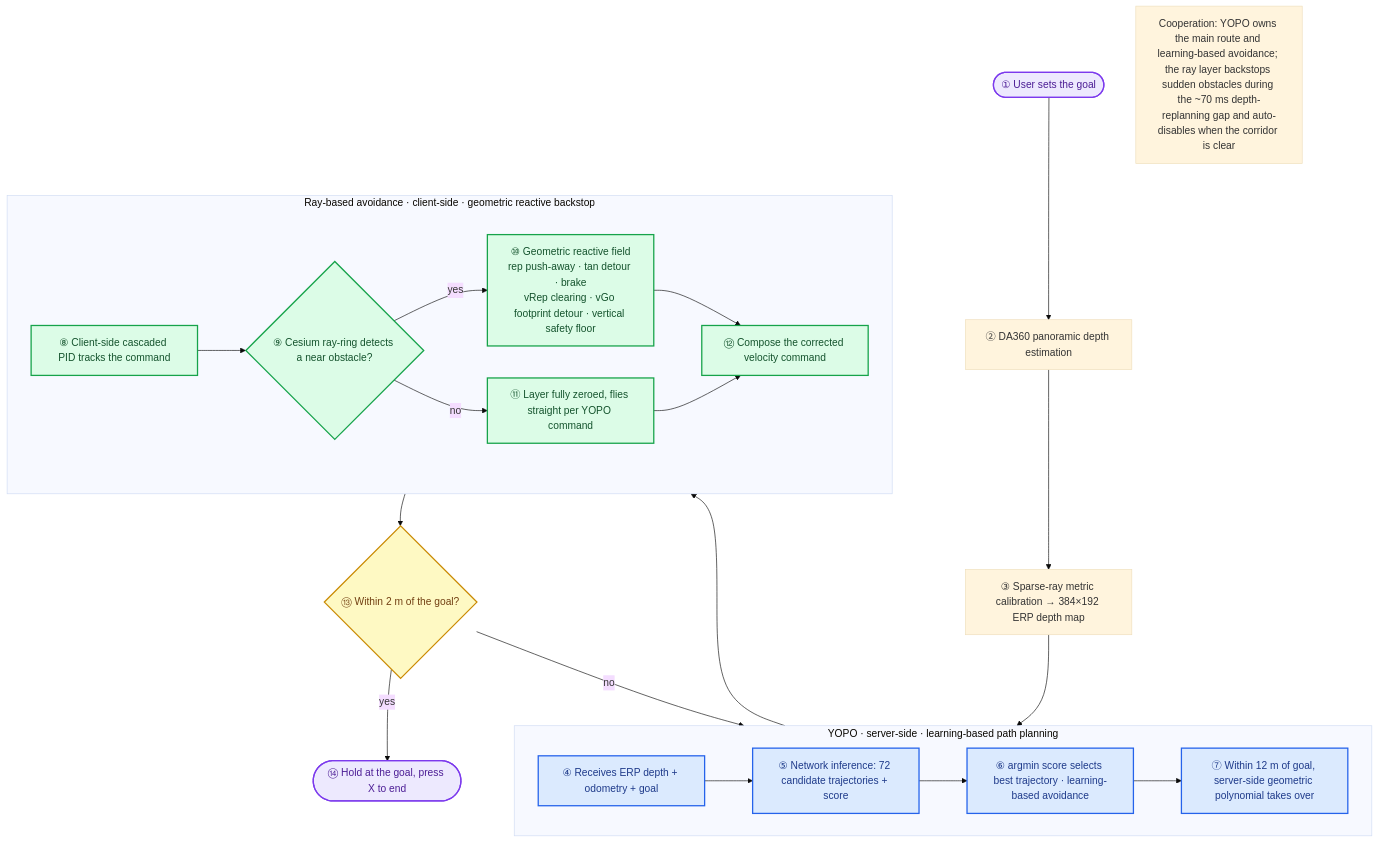
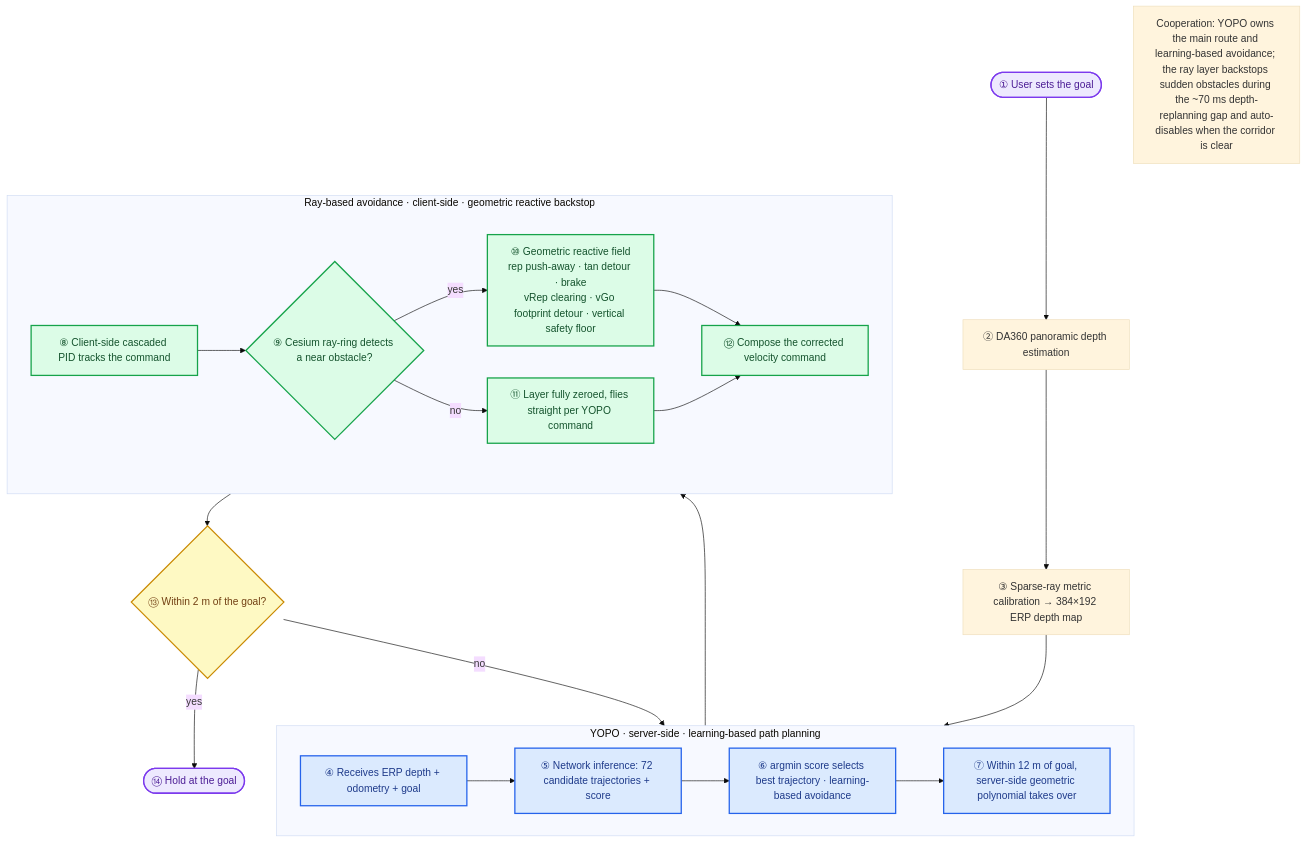
One commit to wuuwuu26/MindCloud_World_Fly_Private changed the diagram in README_EN.md. Above: the diagram before and after it, drawn with Mermaid (base theme). The commit also changed 1 other file, not shown here.

Commit message:
docs: 导航流程图终点改为仅悬停，去掉按 X 结束

````diff
--- a/README_EN.md
+++ b/README_EN.md
@@ -90,40 +90,40 @@
 ```mermaid
 flowchart TD
     classDef yopo fill:#dbeafe,stroke:#2563eb,stroke-width:2px,color:#1e3a8a;
     classDef ray fill:#dcfce7,stroke:#16a34a,stroke-width:2px,color:#14532d;
     classDef dec fill:#fef9c3,stroke:#ca8a04,stroke-width:2px,color:#713f12;
     classDef term fill:#ede9fe,stroke:#7c3aed,stroke-width:2px,color:#4c1d95;
 
     Start([① User sets the goal]) --> Depth[② DA360 panoramic depth estimation]
     Depth --> Calib[③ Sparse-ray metric calibration → 384×192 ERP depth map]
     Calib --> YIN
 
     subgraph YOPO["YOPO · server-side · learning-based path planning"]
         direction LR
         YIN[④ Receives ERP depth + odometry + goal]
         YIN --> Cands[⑤ Network inference: 72 candidate trajectories + score]
         Cands --> Argmin[⑥ argmin score selects best trajectory · learning-based avoidance]
         Argmin --> Final[⑦ Within 12 m of goal, server-side geometric polynomial takes over]
     end
     class YIN,Cands,Argmin,Final yopo;
 
     Final --> Exec[⑧ Client-side cascaded PID tracks the command]
 
     subgraph RAY["Ray-based avoidance · client-side · geometric reactive backstop"]
         direction LR
         Exec --> Probe{"⑨ Cesium ray-ring detects a near obstacle?"}
         Probe -->|yes| Field["⑩ Geometric reactive field<br/>rep push-away · tan detour · brake<br/>vRep clearing · vGo footprint detour · vertical safety floor"]
         Probe -->|no| Straight["⑪ Layer fully zeroed, flies straight per YOPO command"]
         Field --> Resume[⑫ Compose the corrected velocity command]
         Straight --> Resume
     end
     class Exec,Probe,Field,Straight,Resume ray;
 
     Resume --> Arrive{"⑬ Within 2 m of the goal?"}
     Arrive -->|no| YIN
-    Arrive -->|yes| End([⑭ Hold at the goal, press X to end])
+    Arrive -->|yes| End([⑭ Hold at the goal])
     class Arrive dec;
     class Start,End term;
 
     Note["Cooperation: YOPO owns the main route and learning-based avoidance; the ray layer backstops sudden obstacles during the ~70 ms depth-replanning gap and auto-disables when the corridor is clear"]
 ```
````
